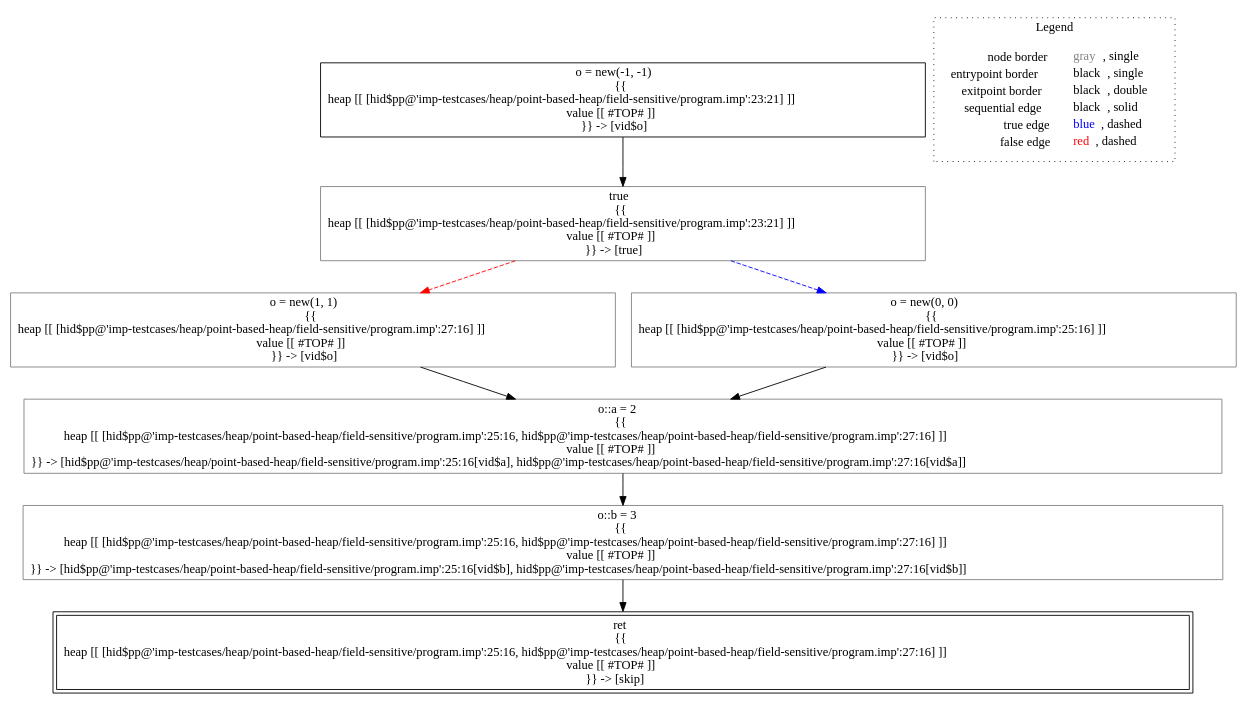
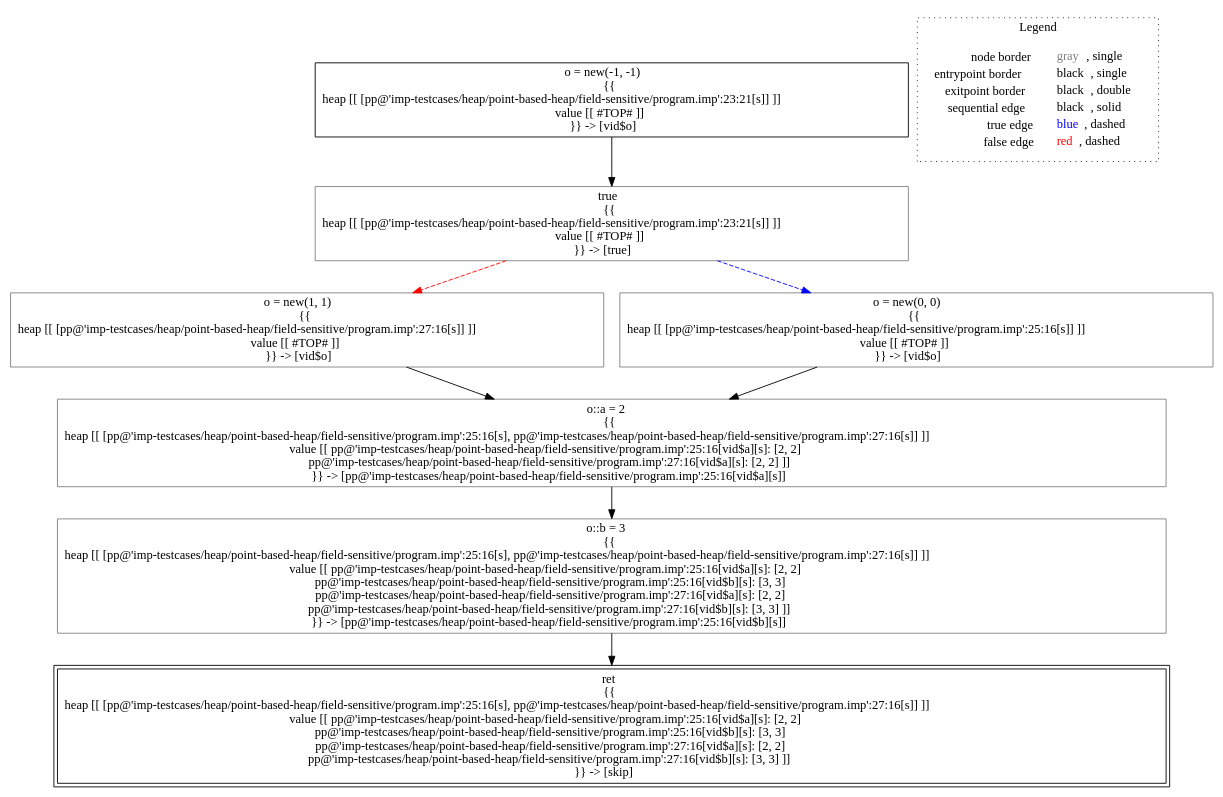
One commit to lisa-analyzer/lisa changed the diagram in lisa/imp-testcases/heap/point-based-heap/field-sensitive/analysis___untyped_A.f3(A_this).dot. Above: the diagram before and after it, drawn with Graphviz. The commit also changed 6 other files, not shown here.

Commit message:
tests for field sensitive analysis and small refactoring

```diff
--- a/lisa/imp-testcases/heap/point-based-heap/field-sensitive/analysis___untyped_A.f3(A_this).dot
+++ b/lisa/imp-testcases/heap/point-based-heap/field-sensitive/analysis___untyped_A.f3(A_this).dot
@@ -1,23 +1,23 @@
 digraph {
-	"node0" [shape="rect",color="black",label=<o = new(-1, -1)<BR/>{{<BR/>heap [[ [hid$pp@'imp-testcases/heap/point-based-heap/field-sensitive/program.imp':23:21] ]]<BR/>value [[ #TOP# ]]<BR/>}} -&gt; [vid$o]>];
-	"node1" [shape="rect",color="gray",label=<o = new(1, 1)<BR/>{{<BR/>heap [[ [hid$pp@'imp-testcases/heap/point-based-heap/field-sensitive/program.imp':27:16] ]]<BR/>value [[ #TOP# ]]<BR/>}} -&gt; [vid$o]>];
-	"node2" [shape="rect",color="gray",label=<true<BR/>{{<BR/>heap [[ [hid$pp@'imp-testcases/heap/point-based-heap/field-sensitive/program.imp':23:21] ]]<BR/>value [[ #TOP# ]]<BR/>}} -&gt; [true]>];
-	"node3" [shape="rect",color="gray",label=<o::b = 3<BR/>{{<BR/>heap [[ [hid$pp@'imp-testcases/heap/point-based-heap/field-sensitive/program.imp':25:16, hid$pp@'imp-testcases/heap/point-based-heap/field-sensitive/program.imp':27:16] ]]<BR/>value [[ #TOP# ]]<BR/>}} -&gt; [hid$pp@'imp-testcases/heap/point-based-heap/field-sensitive/program.imp':25:16[vid$b], hid$pp@'imp-testcases/heap/point-based-heap/field-sensitive/program.imp':27:16[vid$b]]>];
-	"node4" [shape="rect",color="black",peripheries="2",label=<ret<BR/>{{<BR/>heap [[ [hid$pp@'imp-testcases/heap/point-based-heap/field-sensitive/program.imp':25:16, hid$pp@'imp-testcases/heap/point-based-heap/field-sensitive/program.imp':27:16] ]]<BR/>value [[ #TOP# ]]<BR/>}} -&gt; [skip]>];
-	"node5" [shape="rect",color="gray",label=<o = new(0, 0)<BR/>{{<BR/>heap [[ [hid$pp@'imp-testcases/heap/point-based-heap/field-sensitive/program.imp':25:16] ]]<BR/>value [[ #TOP# ]]<BR/>}} -&gt; [vid$o]>];
-	"node6" [shape="rect",color="gray",label=<o::a = 2<BR/>{{<BR/>heap [[ [hid$pp@'imp-testcases/heap/point-based-heap/field-sensitive/program.imp':25:16, hid$pp@'imp-testcases/heap/point-based-heap/field-sensitive/program.imp':27:16] ]]<BR/>value [[ #TOP# ]]<BR/>}} -&gt; [hid$pp@'imp-testcases/heap/point-based-heap/field-sensitive/program.imp':25:16[vid$a], hid$pp@'imp-testcases/heap/point-based-heap/field-sensitive/program.imp':27:16[vid$a]]>];
+	"node0" [shape="rect",color="black",label=<o = new(-1, -1)<BR/>{{<BR/>heap [[ [pp@'imp-testcases/heap/point-based-heap/field-sensitive/program.imp':23:21[s]] ]]<BR/>value [[ #TOP# ]]<BR/>}} -&gt; [vid$o]>];
+	"node1" [shape="rect",color="gray",label=<o::a = 2<BR/>{{<BR/>heap [[ [pp@'imp-testcases/heap/point-based-heap/field-sensitive/program.imp':25:16[s], pp@'imp-testcases/heap/point-based-heap/field-sensitive/program.imp':27:16[s]] ]]<BR/>value [[ pp@'imp-testcases/heap/point-based-heap/field-sensitive/program.imp':25:16[vid$a][s]: [2, 2]<BR/>pp@'imp-testcases/heap/point-based-heap/field-sensitive/program.imp':27:16[vid$a][s]: [2, 2] ]]<BR/>}} -&gt; [pp@'imp-testcases/heap/point-based-heap/field-sensitive/program.imp':25:16[vid$a][s]]>];
+	"node2" [shape="rect",color="black",peripheries="2",label=<ret<BR/>{{<BR/>heap [[ [pp@'imp-testcases/heap/point-based-heap/field-sensitive/program.imp':25:16[s], pp@'imp-testcases/heap/point-based-heap/field-sensitive/program.imp':27:16[s]] ]]<BR/>value [[ pp@'imp-testcases/heap/point-based-heap/field-sensitive/program.imp':25:16[vid$a][s]: [2, 2]<BR/>pp@'imp-testcases/heap/point-based-heap/field-sensitive/program.imp':25:16[vid$b][s]: [3, 3]<BR/>pp@'imp-testcases/heap/point-based-heap/field-sensitive/program.imp':27:16[vid$a][s]: [2, 2]<BR/>pp@'imp-testcases/heap/point-based-heap/field-sensitive/program.imp':27:16[vid$b][s]: [3, 3] ]]<BR/>}} -&gt; [skip]>];
+	"node3" [shape="rect",color="gray",label=<o = new(1, 1)<BR/>{{<BR/>heap [[ [pp@'imp-testcases/heap/point-based-heap/field-sensitive/program.imp':27:16[s]] ]]<BR/>value [[ #TOP# ]]<BR/>}} -&gt; [vid$o]>];
+	"node4" [shape="rect",color="gray",label=<true<BR/>{{<BR/>heap [[ [pp@'imp-testcases/heap/point-based-heap/field-sensitive/program.imp':23:21[s]] ]]<BR/>value [[ #TOP# ]]<BR/>}} -&gt; [true]>];
+	"node5" [shape="rect",color="gray",label=<o = new(0, 0)<BR/>{{<BR/>heap [[ [pp@'imp-testcases/heap/point-based-heap/field-sensitive/program.imp':25:16[s]] ]]<BR/>value [[ #TOP# ]]<BR/>}} -&gt; [vid$o]>];
+	"node6" [shape="rect",color="gray",label=<o::b = 3<BR/>{{<BR/>heap [[ [pp@'imp-testcases/heap/point-based-heap/field-sensitive/program.imp':25:16[s], pp@'imp-testcases/heap/point-based-heap/field-sensitive/program.imp':27:16[s]] ]]<BR/>value [[ pp@'imp-testcases/heap/point-based-heap/field-sensitive/program.imp':25:16[vid$a][s]: [2, 2]<BR/>pp@'imp-testcases/heap/point-based-heap/field-sensitive/program.imp':25:16[vid$b][s]: [3, 3]<BR/>pp@'imp-testcases/heap/point-based-heap/field-sensitive/program.imp':27:16[vid$a][s]: [2, 2]<BR/>pp@'imp-testcases/heap/point-based-heap/field-sensitive/program.imp':27:16[vid$b][s]: [3, 3] ]]<BR/>}} -&gt; [pp@'imp-testcases/heap/point-based-heap/field-sensitive/program.imp':25:16[vid$b][s]]>];
 	"node1" -> "node6" [color="black"];
-	"node2" -> "node1" [color="red",style="dashed"];
-	"node2" -> "node5" [color="blue",style="dashed"];
-	"node3" -> "node4" [color="black"];
-	"node0" -> "node2" [color="black"];
-	"node5" -> "node6" [color="black"];
-	"node6" -> "node3" [color="black"];
+	"node3" -> "node1" [color="black"];
+	"node4" -> "node3" [color="red",style="dashed"];
+	"node4" -> "node5" [color="blue",style="dashed"];
+	"node5" -> "node1" [color="black"];
+	"node6" -> "node2" [color="black"];
+	"node0" -> "node4" [color="black"];
 subgraph cluster_legend {
 	label="Legend";
 	style=dotted;
 	node [shape=plaintext];
 	"legend" [label=<<table border="0" cellpadding="2" cellspacing="0" cellborder="0"><tr><td align="right">node border&nbsp;</td><td align="left"><font color="gray">gray</font>, single</td></tr><tr><td align="right">entrypoint border&nbsp;</td><td align="left"><font color="black">black</font>, single</td></tr><tr><td align="right">exitpoint border&nbsp;</td><td align="left"><font color="black">black</font>, double</td></tr><tr><td align="right">sequential edge&nbsp;</td><td align="left"><font color="black">black</font>, solid</td></tr><tr><td align="right">true edge&nbsp;</td><td align="left"><font color="blue">blue</font>, dashed</td></tr><tr><td align="right">false edge&nbsp;</td><td align="left"><font color="red">red</font>, dashed</td></tr></table>>];
 }
 
 }
```
